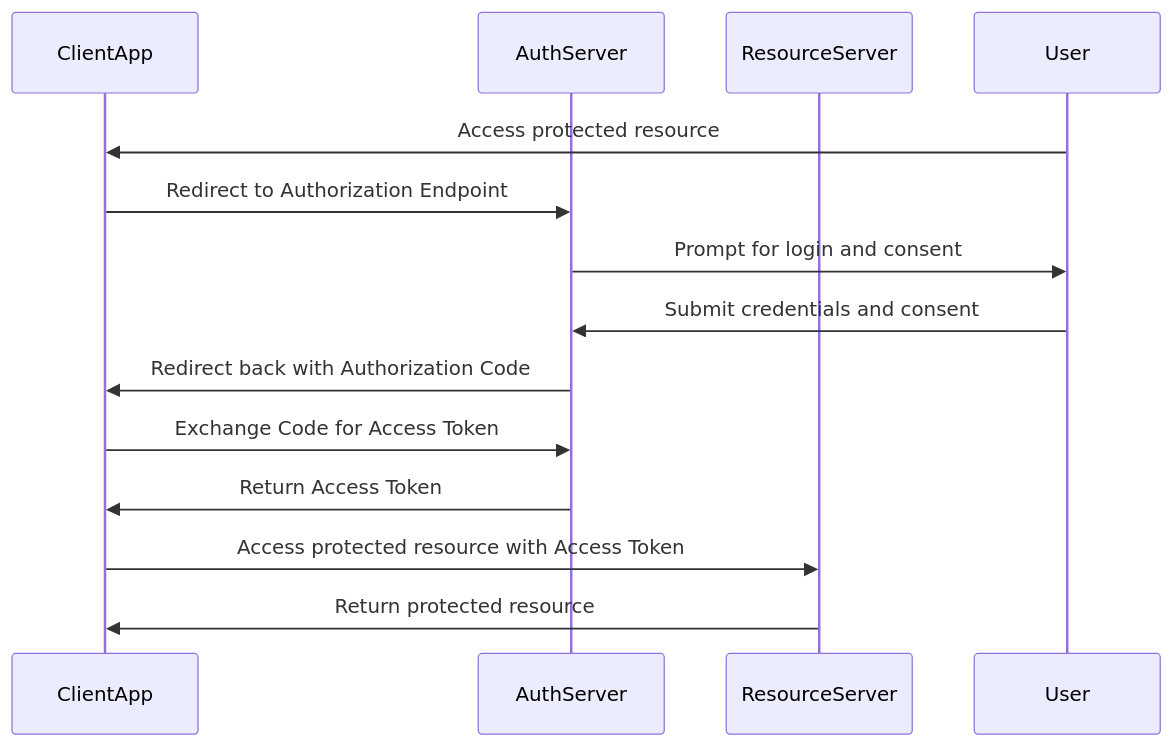
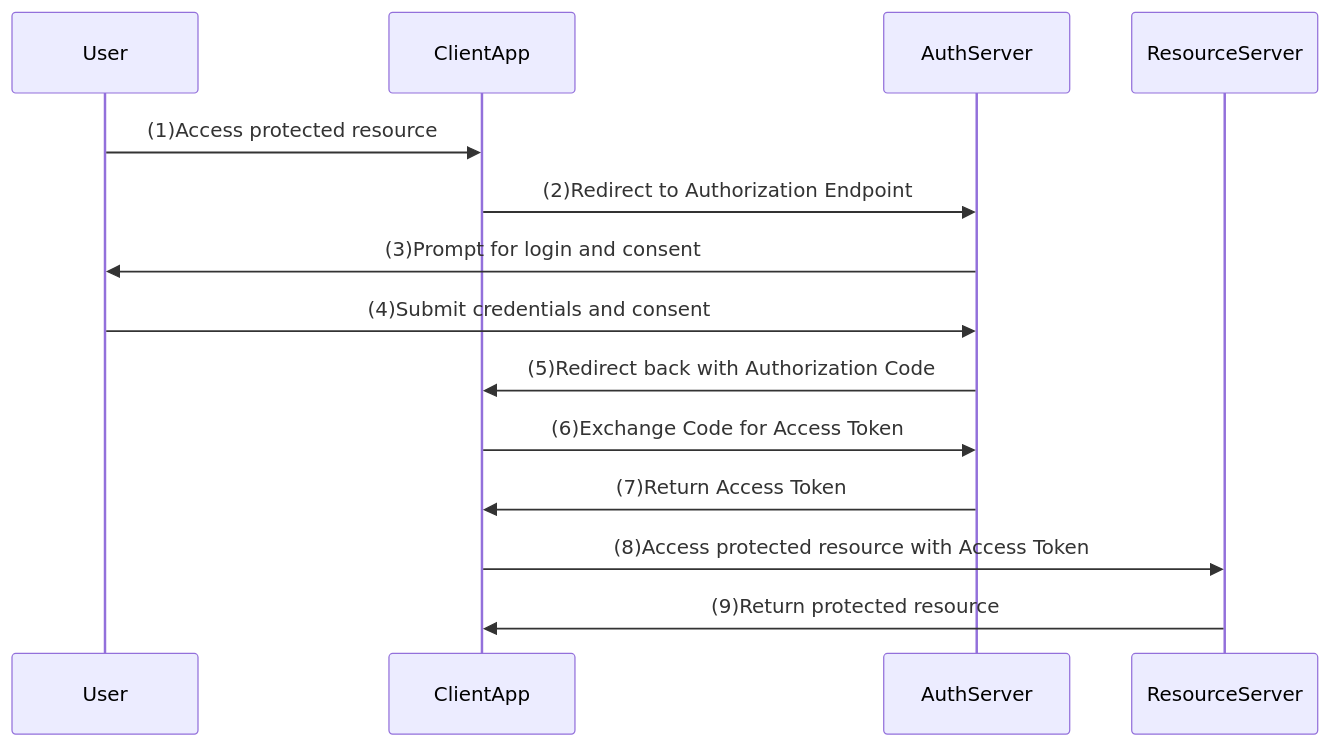
Before and after one commit to challamani/challamani.github.io: the diagram in _posts/2026-01-17-tech-oauth2.md, drawn with Mermaid. The commit also changed 1 other file, not shown here.

Commit message:
set mermaid in _config.yml

````diff
--- a/_posts/2026-01-17-tech-oauth2.md
+++ b/_posts/2026-01-17-tech-oauth2.md
@@ -94,16 +94,16 @@
 ```mermaid
 sequenceDiagram
+    participant User
     participant ClientApp
     participant AuthServer
     participant ResourceServer
-    participant User
-    User->>ClientApp: Access protected resource
-    ClientApp->>AuthServer: Redirect to Authorization Endpoint
-    AuthServer->>User: Prompt for login and consent
-    User->>AuthServer: Submit credentials and consent
-    AuthServer->>ClientApp: Redirect back with Authorization Code
-    ClientApp->>AuthServer: Exchange Code for Access Token
-    AuthServer->>ClientApp: Return Access Token
-    ClientApp->>ResourceServer: Access protected resource with Access Token
-    ResourceServer->>ClientApp: Return protected resource
+    User->>ClientApp: (1)Access protected resource
+    ClientApp->>AuthServer: (2)Redirect to Authorization Endpoint
+    AuthServer->>User: (3)Prompt for login and consent
+    User->>AuthServer: (4)Submit credentials and consent
+    AuthServer->>ClientApp: (5)Redirect back with Authorization Code
+    ClientApp->>AuthServer: (6)Exchange Code for Access Token
+    AuthServer->>ClientApp: (7)Return Access Token
+    ClientApp->>ResourceServer: (8)Access protected resource with Access Token
+    ResourceServer->>ClientApp: (9)Return protected resource
 ```
````
